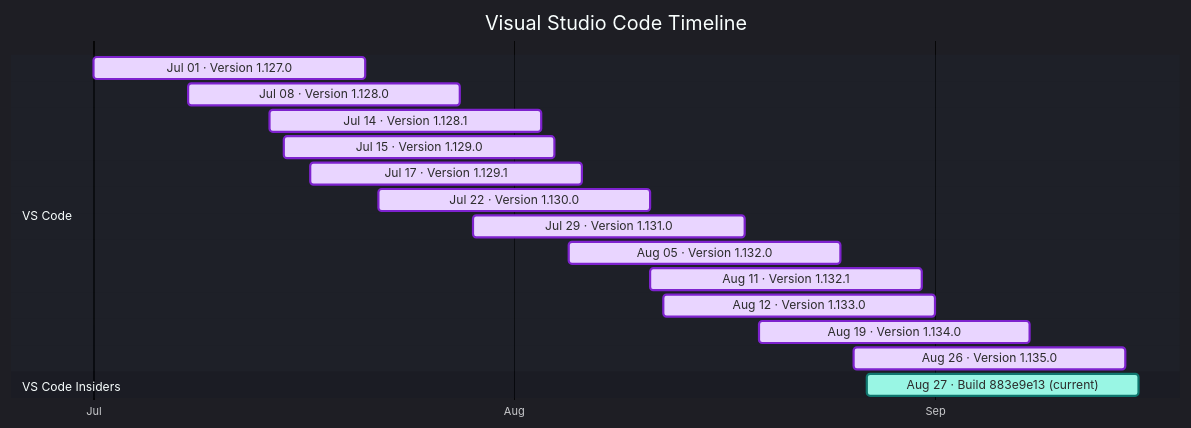
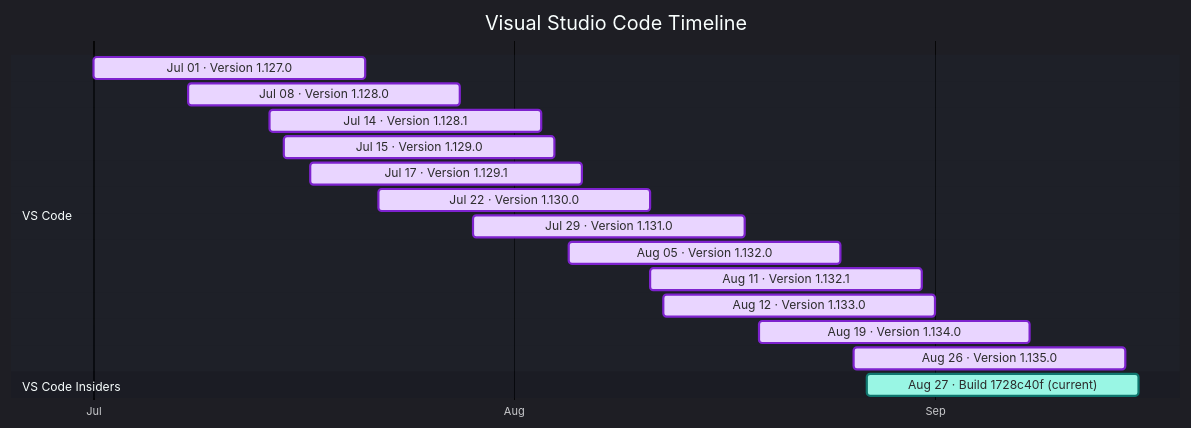
Before and after one commit to Oxelya-DevTools/VisualStudioUpdate: the diagram in docs/vscode.md, drawn with Mermaid. The commit also changed other lines of this file and 1 other file, not shown here.

````diff
--- a/docs/vscode.md
+++ b/docs/vscode.md
@@ -9,23 +9,23 @@
 ```mermaid
 %%{init: {'theme':'dark','themeVariables': { 'fontFamily': 'Segoe UI', 'fontSize': '24px', 'textColor': '#F3F4F6', 'titleTextColor': '#FFFFFF', 'taskTextColor': '#111827', 'taskTextLightColor': '#111827', 'taskTextOutsideColor': '#F3F4F6', 'taskBkgColor': '#BAE6FD', 'taskBorderColor': '#0369A1', 'doneTaskBkgColor': '#E9D5FF', 'doneTaskBorderColor': '#7E22CE', 'activeTaskBkgColor': '#99F6E4', 'activeTaskBorderColor': '#0F766E', 'critTaskBkgColor': '#FED7AA', 'critTaskBorderColor': '#C2410C', 'sectionBkgColor': '#1F2937', 'altSectionBkgColor': '#111827', 'gridColor': '#4B5563', 'todayLineColor': '#F87171' }}}%%
 gantt
     title Visual Studio Code Timeline
     dateFormat  YYYY-MM-DD
     axisFormat  %b
     tickInterval 1month
     section VS Code
     Jul 01 · Version 1.127.0 : done, vscode202607010, 2026-07-01, 20d
     Jul 08 · Version 1.128.0 : done, vscode202607081, 2026-07-08, 20d
     Jul 14 · Version 1.128.1 : done, vscode202607142, 2026-07-14, 20d
     Jul 15 · Version 1.129.0 : done, vscode202607153, 2026-07-15, 20d
     Jul 17 · Version 1.129.1 : done, vscode202607174, 2026-07-17, 20d
     Jul 22 · Version 1.130.0 : done, vscode202607225, 2026-07-22, 20d
     Jul 29 · Version 1.131.0 : done, vscode202607296, 2026-07-29, 20d
     Aug 05 · Version 1.132.0 : done, vscode202608057, 2026-08-05, 20d
     Aug 11 · Version 1.132.1 : done, vscode202608118, 2026-08-11, 20d
     Aug 12 · Version 1.133.0 : done, vscode202608129, 2026-08-12, 20d
     Aug 19 · Version 1.134.0 : done, vscode2026081910, 2026-08-19, 20d
     Aug 26 · Version 1.135.0 : done, vscode2026082611, 2026-08-26, 20d
     section VS Code Insiders
-    Aug 27 · Build 883e9e13 (current) : active, vscodeinsiders202608270, 2026-08-27, 20d
+    Aug 27 · Build 1728c40f (current) : active, vscodeinsiders202608270, 2026-08-27, 20d
 ```
````
